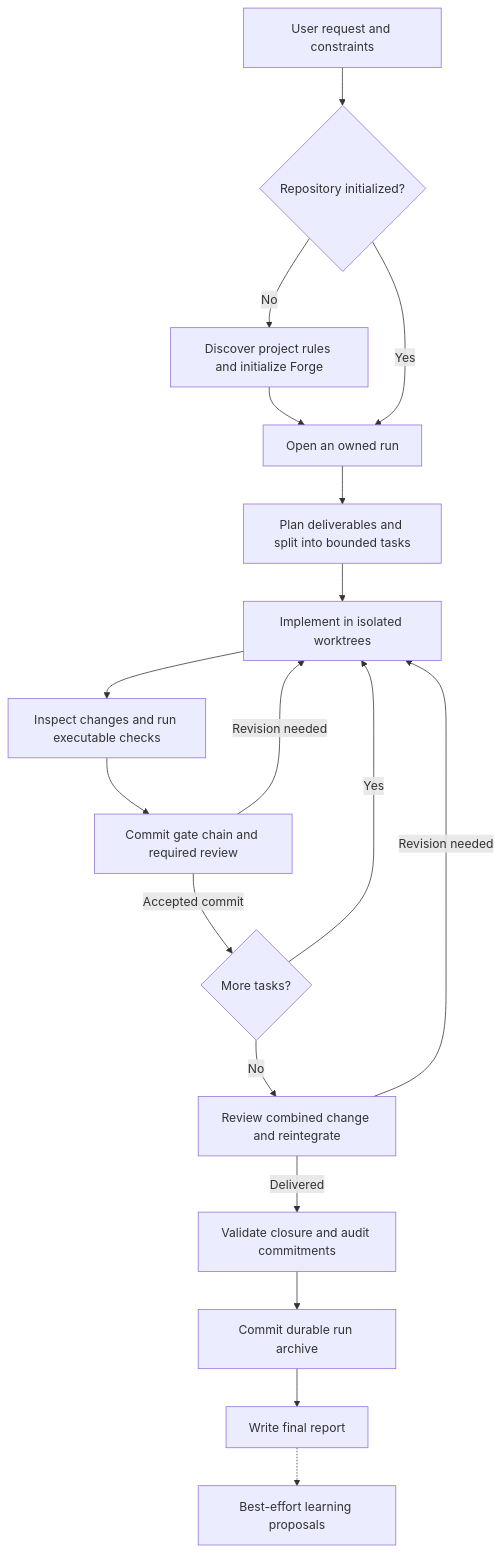
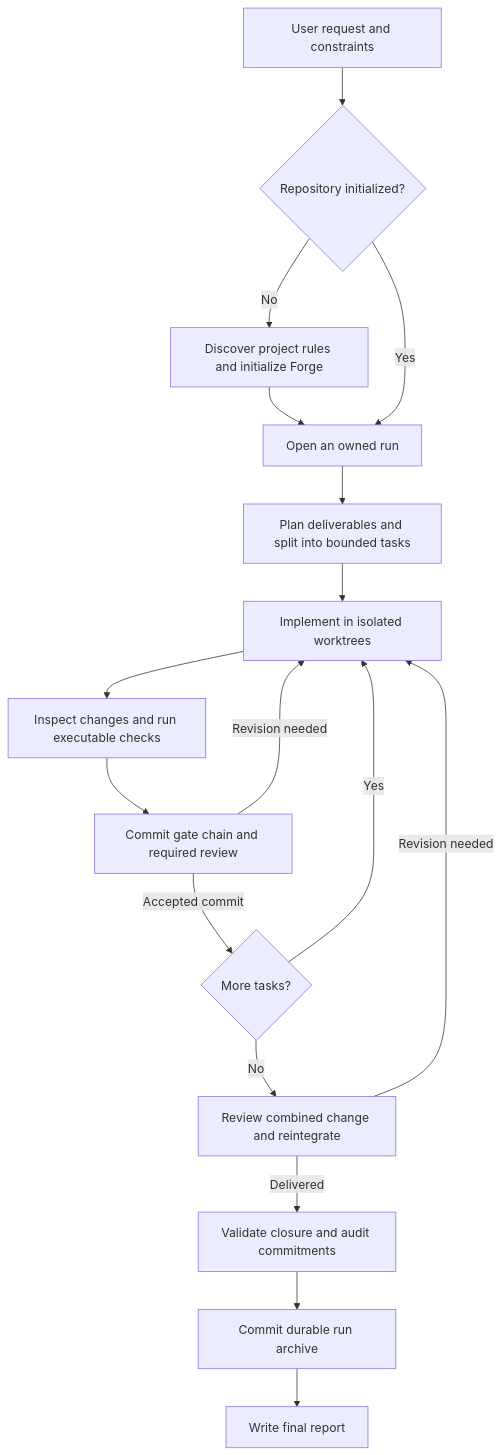
The first of 6 diagrams in OPERATIONS.md (nixlim/forge-plugin), drawn with Mermaid before and after one commit. The commit also changed other lines of this file and 33 other files, not shown here.

````diff
--- a/OPERATIONS.md
+++ b/OPERATIONS.md
@@ -23,20 +23,19 @@
 ```mermaid
 flowchart TD
     Request["User request and constraints"] --> Setup{"Repository initialized?"}
     Setup -->|No| Init["Discover project rules and initialize Forge"]
     Init --> Open["Open an owned run"]
     Setup -->|Yes| Open
     Open --> Plan["Plan deliverables and split into bounded tasks"]
     Plan --> Work["Implement in isolated worktrees"]
     Work --> Verify["Inspect changes and run executable checks"]
     Verify --> Commit["Commit gate chain and required review"]
     Commit -->|Revision needed| Work
     Commit -->|Accepted commit| More{"More tasks?"}
     More -->|Yes| Work
     More -->|No| Merge["Review combined change and reintegrate"]
     Merge -->|Revision needed| Work
     Merge -->|Delivered| Close["Validate closure and audit commitments"]
     Close --> Archive["Commit durable run archive"]
     Archive --> Report["Write final report"]
-    Report -.-> Learn["Best-effort learning proposals"]
 ```
````
